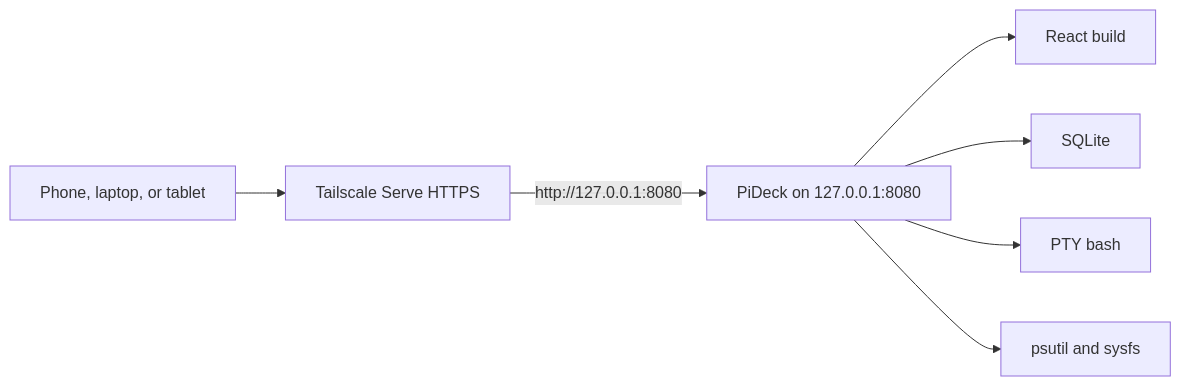
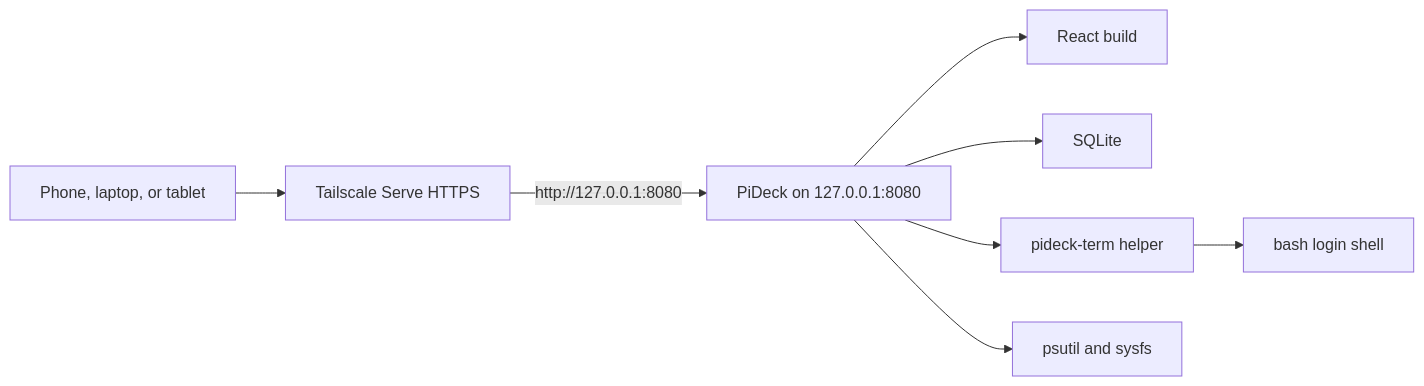
Before and after one commit to mlodge2005/RasberryPI-Dashboard: the diagram in README.md, drawn with Mermaid. The commit also changed other lines of this file and 25 other files, not shown here.

````diff
--- a/README.md
+++ b/README.md
@@ -17,17 +17,19 @@
 ```mermaid
 flowchart LR
   browser["Phone, laptop, or tablet"]
   serve["Tailscale Serve HTTPS"]
   app["PiDeck on 127.0.0.1:8080"]
   ui["React build"]
   db["SQLite"]
-  shell["PTY bash"]
+  helper["pideck-term helper"]
+  shell["bash login shell"]
   stats["psutil and sysfs"]
 
   browser --> serve
   serve -->|"http://127.0.0.1:8080"| app
   app --> ui
   app --> db
-  app --> shell
+  app --> helper
+  helper --> shell
   app --> stats
 ```
````
